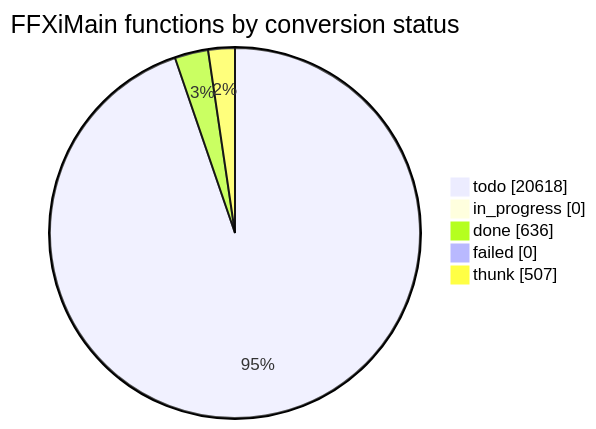
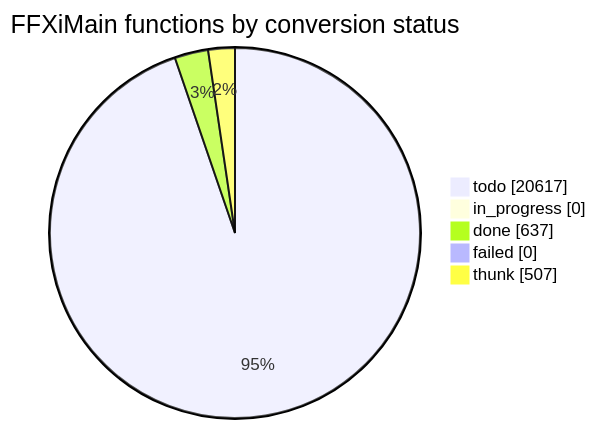
The diagram in docs/cow/STATUS.md (cowrevenge/cow_kuluu_xi_anything), drawn with Mermaid before and after one commit. The commit also changed other lines of this file and 9 other files, not shown here.

````diff
--- a/docs/cow/STATUS.md
+++ b/docs/cow/STATUS.md
@@ -18,9 +18,9 @@
 ```mermaid
 pie showData
     title FFXiMain functions by conversion status
-    "todo" : 20618
+    "todo" : 20617
     "in_progress" : 0
-    "done" : 636
+    "done" : 637
     "failed" : 0
     "thunk" : 507
 ```
````
